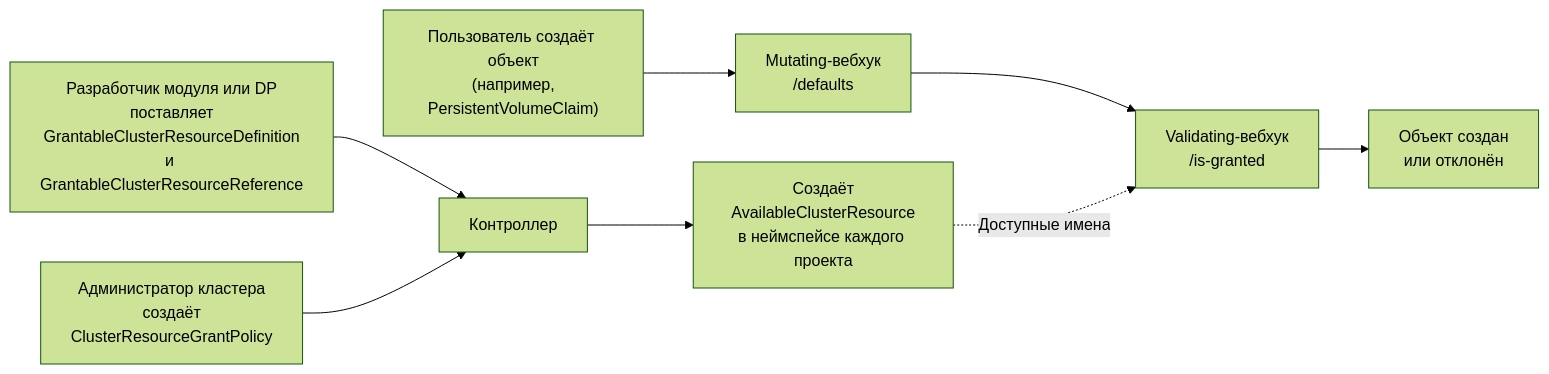
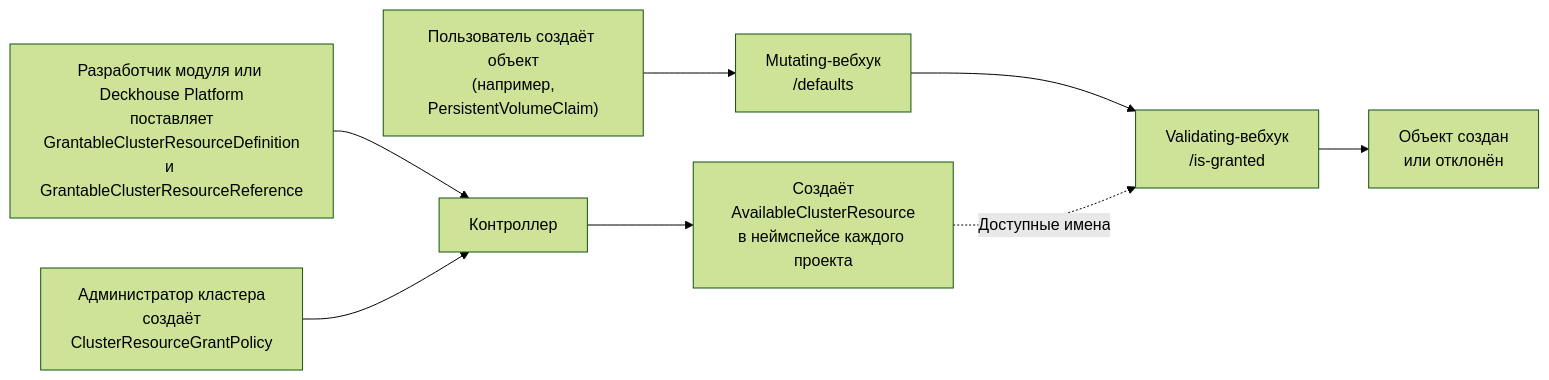
One commit to deckhouse/deckhouse changed the diagram in modules/160-multitenancy-manager/docs/README_RU.md. Above: the diagram before and after it, drawn with Mermaid (forest theme). The commit also changed other lines of this file and 13 other files, not shown here.

```diff
--- a/modules/160-multitenancy-manager/docs/README_RU.md
+++ b/modules/160-multitenancy-manager/docs/README_RU.md
@@ -125,10 +125,10 @@
 <pre class="mermaid">
 flowchart LR
-    A["Разработчик модуля или DP<br/>поставляет<br/>GrantableClusterResourceDefinition<br/>и GrantableClusterResourceReference"] --> C
+    A["Разработчик модуля или Deckhouse Platform<br/>поставляет<br/>GrantableClusterResourceDefinition<br/>и GrantableClusterResourceReference"] --> C
     B["Администратор кластера<br/>создаёт<br/>ClusterResourceGrantPolicy"] --> C["Контроллер"]
     C --> D["Создаёт<br/>AvailableClusterResource<br/>в неймспейсе каждого проекта"]
     E["Пользователь создаёт объект<br/>(например,<br/>PersistentVolumeClaim)"] --> F["Mutating-вебхук<br/>/defaults"]
     F --> G["Validating-вебхук<br/>/is-granted"]
     D -. Доступные имена .-> G
     G --> H["Объект создан<br/>или отклонён"]
 </pre>
```
